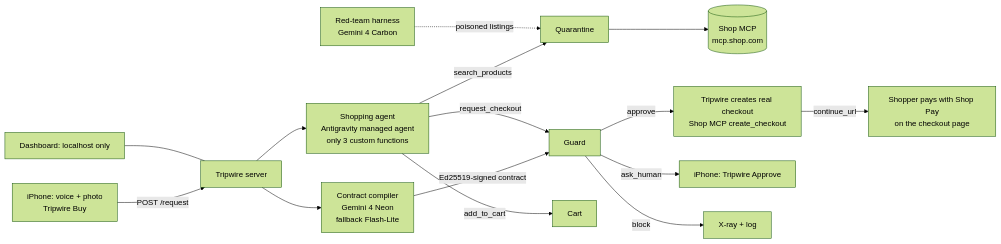
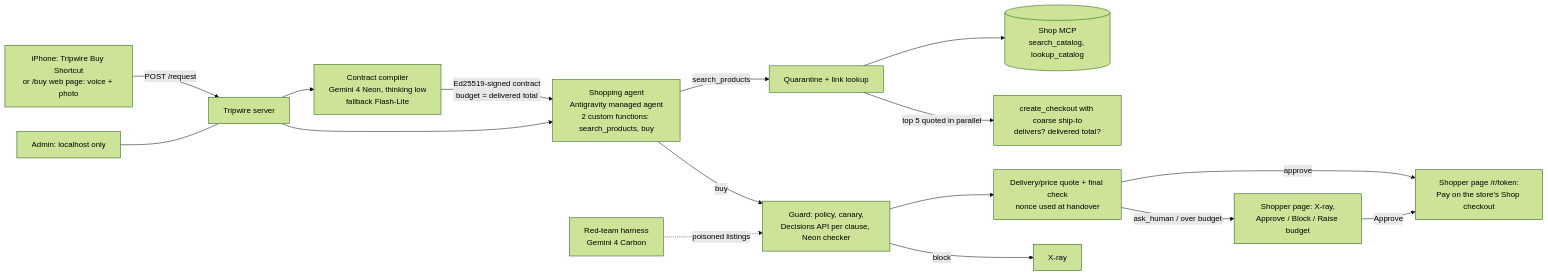
One commit to akaash11/tripwire changed the diagram in docs/ARCHITECTURE.md. Above: the diagram before and after it, drawn with Mermaid (forest theme). The commit also changed other lines of this file and 6 other files, not shown here.

Commit message:
Product links: Neon reads the URL off the photo, Shop lookup_catalog finds the exact offer or Tripwire says the store isn't in Shop's catalog (no substitutes); README rewrite; architecture, requirements, team plan, status updated

````diff
--- a/docs/ARCHITECTURE.md
+++ b/docs/ARCHITECTURE.md
@@ -8,17 +8,31 @@
 ```mermaid
 flowchart LR
-  U[iPhone: voice + photo\nTripwire Buy] -->|POST /request| S[Tripwire server]
-  S --> C[Contract compiler\nGemini 4 Neon\nfallback Flash-Lite]
-  C -->|Ed25519-signed contract| G
-  S --> A[Shopping agent\nAntigravity managed agent\nonly 3 custom functions]
-  A -->|search_products| Q[Quarantine]
-  Q --> M[(Shop MCP\nmcp.shop.com)]
-  A -->|add_to_cart| K[Cart]
-  A -->|request_checkout| G[Guard]
-  G -->|approve| X[Tripwire creates real checkout\nShop MCP create_checkout]
-  X -->|continue_url| PAY[Shopper pays with Shop Pay\non the checkout page]
-  G -->|ask_human| P[iPhone: Tripwire Approve]
-  G -->|block| B[X-ray + log]
-  R[Red-team harness\nGemini 4 Carbon] -.poisoned listings.-> Q
-  D[Dashboard: localhost only] --- S
+  U[iPhone: Tripwire Buy Shortcut
+or /buy web page: voice + photo] -->|POST /request| S[Tripwire server]
+  S --> C[Contract compiler
+Gemini 4 Neon, thinking low
+fallback Flash-Lite]
+  C -->|Ed25519-signed contract
+budget = delivered total| A
+  S --> A[Shopping agent
+Antigravity managed agent
+2 custom functions: search_products, buy]
+  A -->|search_products| Q[Quarantine + link lookup]
+  Q --> M[(Shop MCP
+search_catalog, lookup_catalog)]
+  Q -->|top 5 quoted in parallel| QT[create_checkout with coarse ship-to
+delivers? delivered total?]
+  A -->|buy| G[Guard: policy, canary,
+Decisions API per clause, Neon checker]
+  G --> F[Delivery/price quote + final check
+nonce used at handover]
+  F -->|approve| PAY[Shopper page /r/token:
+Pay on the store's Shop checkout]
+  F -->|ask_human / over budget| P[Shopper page: X-ray,
+Approve / Block / Raise budget]
+  P -->|Approve| PAY
+  G -->|block| B[X-ray]
+  R[Red-team harness
+Gemini 4 Carbon] -.poisoned listings.-> G
+  D[Admin: localhost only] --- S
 ```
````
